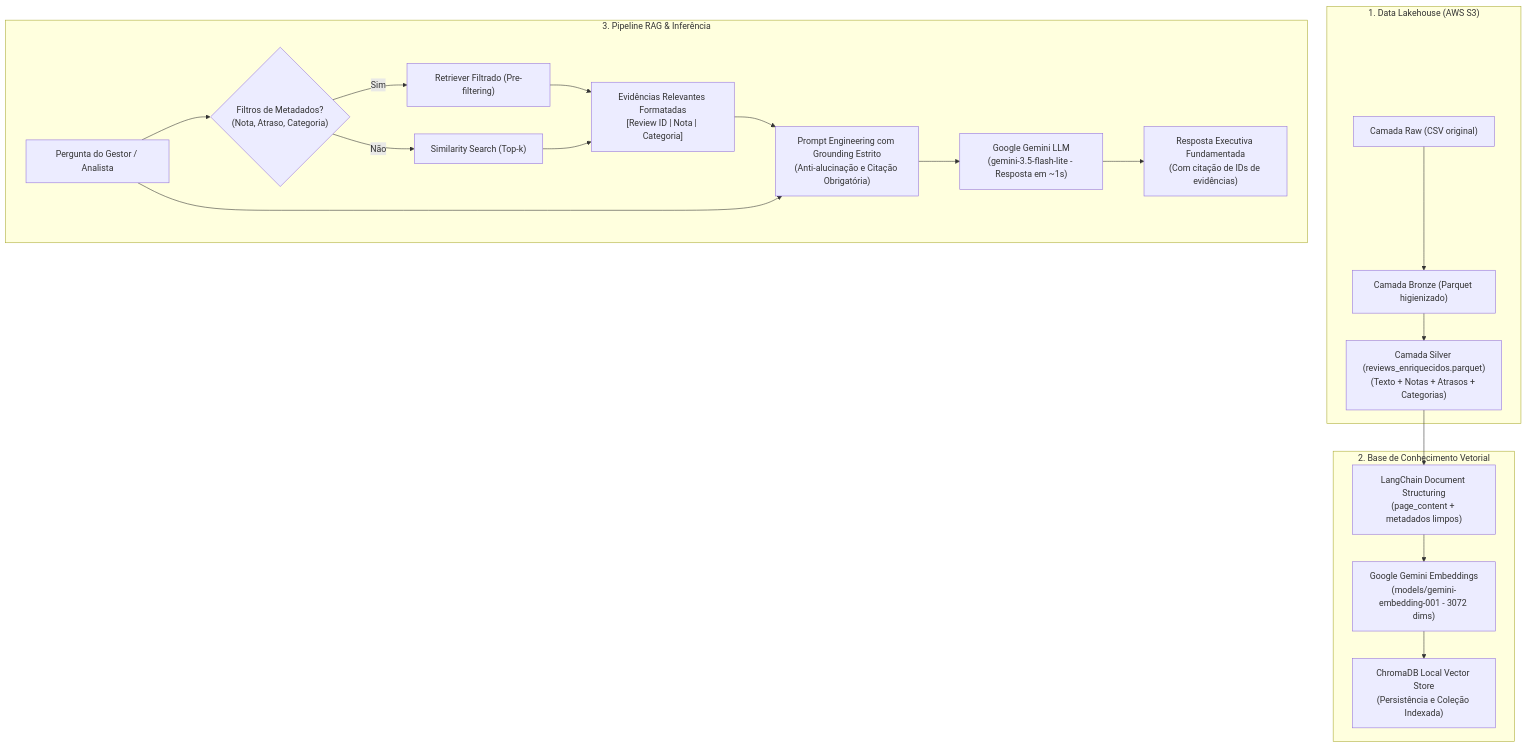
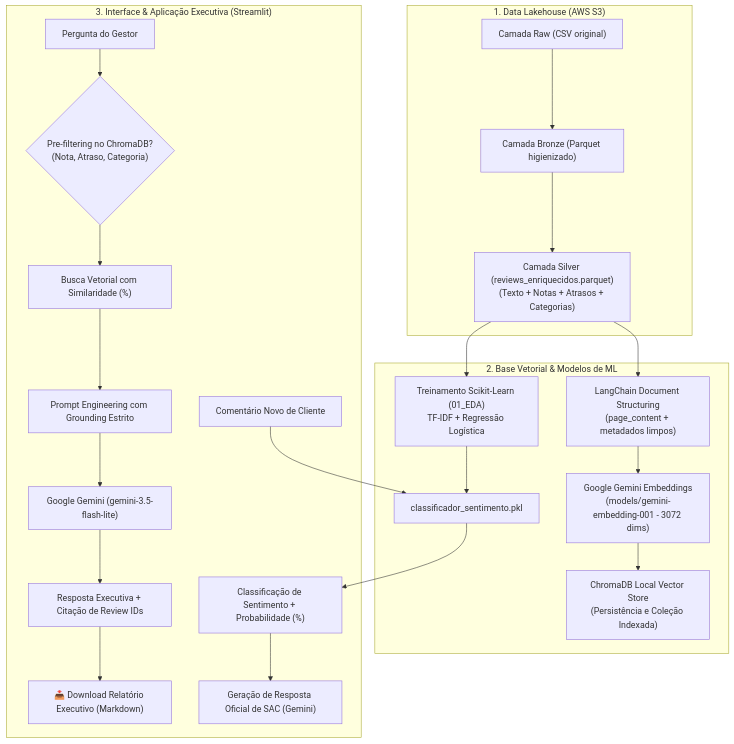
One commit to LucasRuizMartins/fiap_tech_challenge_04 changed the diagram in README.md. Above: the diagram before and after it, drawn with Mermaid. The commit also changed other lines of this file and 3 other files, not shown here.

Commit message:
streamlit com avaliação de notas do usuario

````diff
--- a/README.md
+++ b/README.md
@@ -21,26 +24,28 @@
 ```mermaid
 flowchart TD
     subgraph Data_Lake["1. Data Lakehouse (AWS S3)"]
         Raw["Camada Raw (CSV original)"] --> Bronze["Camada Bronze (Parquet higienizado)"]
         Bronze --> Silver["Camada Silver (reviews_enriquecidos.parquet)<br/>(Texto + Notas + Atrasos + Categorias)"]
     end
 
-    subgraph Vector_Store["2. Base de Conhecimento Vetorial"]
+    subgraph Vector_Store["2. Base Vetorial & Modelos de ML"]
         Silver --> DocParser["LangChain Document Structuring<br/>(page_content + metadados limpos)"]
         DocParser --> GemEmb["Google Gemini Embeddings<br/>(models/gemini-embedding-001 - 3072 dims)"]
         GemEmb --> Chroma["ChromaDB Local Vector Store<br/>(Persistência e Coleção Indexada)"]
+        Silver --> SklearnTrain["Treinamento Scikit-Learn (01_EDA)<br/>TF-IDF + Regressão Logística"]
+        SklearnTrain --> PKL["classificador_sentimento.pkl"]
     end
 
-    subgraph Retrieval_Gen["3. Pipeline RAG & Inferência"]
-        UserQ["Pergunta do Gestor / Analista"] --> MetaFilter{"Filtros de Metadados?<br/>(Nota, Atraso, Categoria)"}
-        MetaFilter -->|Sim| ChromaFilter["Retriever Filtrado (Pre-filtering)"]
-        MetaFilter -->|Não| ChromaSim["Similarity Search (Top-k)"]
-        ChromaFilter --> ContextDocs["Evidências Relevantes Formatadas<br/>[Review ID | Nota | Categoria]"]
-        ChromaSim --> ContextDocs
+    subgraph Retrieval_Gen["3. Interface & Aplicação Executiva (Streamlit)"]
+        UserQ["Pergunta do Gestor"] --> MetaFilter{"Pre-filtering no ChromaDB?<br/>(Nota, Atraso, Categoria)"}
+        MetaFilter --> ChromaFilter["Busca Vetorial com Similaridade (%)"]
+        ChromaFilter --> Prompt["Prompt Engineering com Grounding Estrito"]
+        Prompt --> LLM["Google Gemini (gemini-3.5-flash-lite)"]
+        LLM --> FinalAnswer["Resposta Executiva + Citação de Review IDs"]
+        FinalAnswer --> ExportMD["📥 Download Relatório Executivo (Markdown)"]
         
-        ContextDocs --> Prompt["Prompt Engineering com Grounding Estrito<br/>(Anti-alucinação e Citação Obrigatória)"]
-        UserQ --> Prompt
-        Prompt --> LLM["Google Gemini LLM<br/>(gemini-3.5-flash-lite - Resposta em ~1s)"]
-        LLM --> FinalAnswer["Resposta Executiva Fundamentada<br/>(Com citação de IDs de evidências)"]
+        NewComment["Comentário Novo de Cliente"] --> PKL
+        PKL --> Sentimento["Classificação de Sentimento + Probabilidade (%)"]
+        Sentimento --> LLMSAC["Geração de Resposta Oficial de SAC (Gemini)"]
     end
 ```
````
